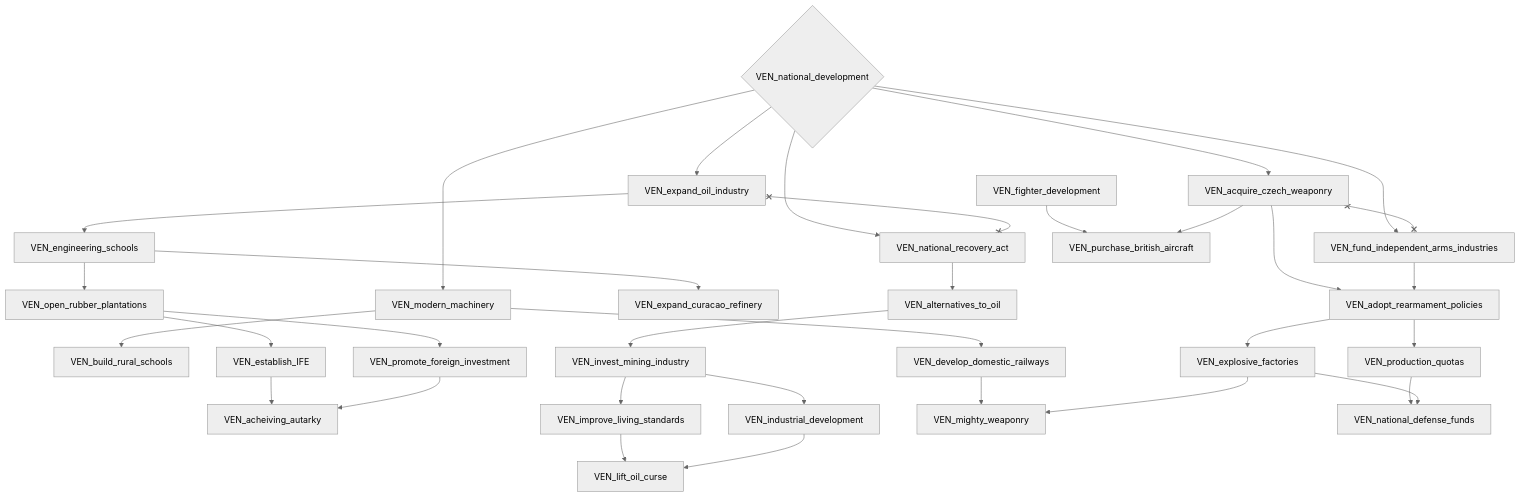
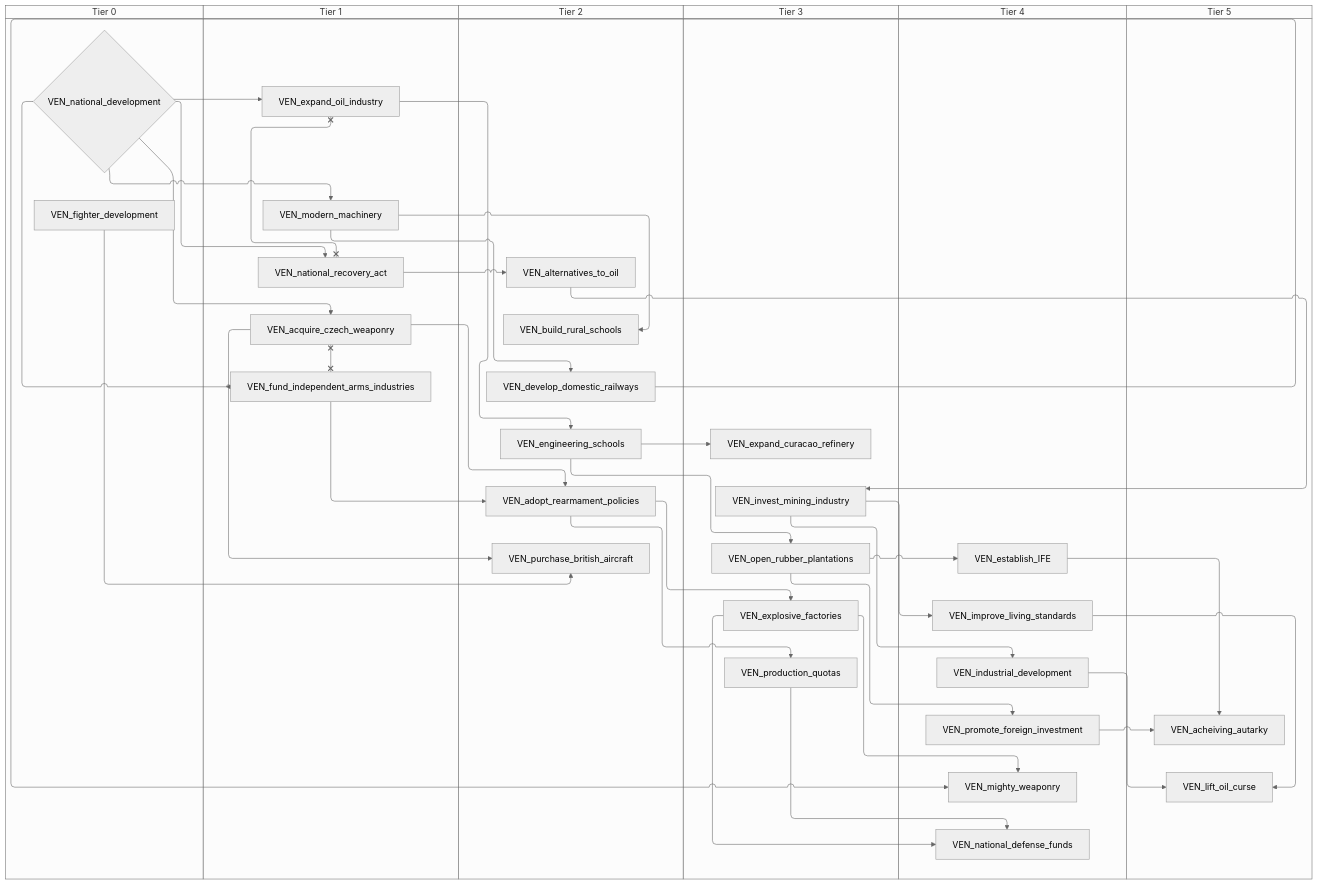
The fourth of 5 diagrams in docs/gdd/National Focuses/r56/venezuela.md (evgeny-sobol/hoi4-sandbox-mode-r56), drawn with Mermaid (neutral theme) before and after one commit. The commit also changed other lines of this file and 423 other files, not shown here.

First line of the commit message:
Re-export Rt56 focus trees as swimlane diagrams

````diff
--- a/docs/gdd/National Focuses/r56/venezuela.md
+++ b/docs/gdd/National Focuses/r56/venezuela.md
@@ -446,61 +496,73 @@
 ```mermaid
-flowchart TD
-    n168["VEN_acheiving_autarky"]
-    n2["VEN_acquire_czech_weaponry"]
-    n169["VEN_adopt_rearmament_policies"]
-    n170["VEN_alternatives_to_oil"]
-    n171["VEN_build_rural_schools"]
-    n172["VEN_develop_domestic_railways"]
-    n173["VEN_engineering_schools"]
-    n174["VEN_establish_IFE"]
-    n175["VEN_expand_curacao_refinery"]
-    n176["VEN_expand_oil_industry"]
-    n177["VEN_explosive_factories"]
-    n7["VEN_fighter_development"]
-    n178["VEN_fund_independent_arms_industries"]
-    n179["VEN_improve_living_standards"]
-    n180["VEN_industrial_development"]
-    n181["VEN_invest_mining_industry"]
-    n182["VEN_lift_oil_curse"]
-    n183["VEN_mighty_weaponry"]
-    n184["VEN_modern_machinery"]
-    n185["VEN_national_defense_funds"]
-    n186{"VEN_national_development"}
-    n187["VEN_national_recovery_act"]
-    n188["VEN_open_rubber_plantations"]
-    n189["VEN_production_quotas"]
-    n190["VEN_promote_foreign_investment"]
-    n9["VEN_purchase_british_aircraft"]
-    n174 --> n168
-    n190 --> n168
-    n186 --> n2
-    n2 --> n169
-    n178 --> n169
-    n187 --> n170
-    n184 --> n171
-    n184 --> n172
-    n176 --> n173
-    n188 --> n174
-    n173 --> n175
-    n186 --> n176
+swimlane-beta TD
+    subgraph tier_0["Tier 0"]
+        n5["VEN_fighter_development"]
+        n168{"VEN_national_development"}
+    end
+    subgraph tier_1["Tier 1"]
+        n2["VEN_acquire_czech_weaponry"]
+        n169["VEN_expand_oil_industry"]
+        n170["VEN_fund_independent_arms_industries"]
+        n171["VEN_modern_machinery"]
+        n172["VEN_national_recovery_act"]
+    end
+    subgraph tier_2["Tier 2"]
+        n173["VEN_adopt_rearmament_policies"]
+        n174["VEN_alternatives_to_oil"]
+        n175["VEN_build_rural_schools"]
+        n176["VEN_develop_domestic_railways"]
+        n177["VEN_engineering_schools"]
+        n8["VEN_purchase_british_aircraft"]
+    end
+    subgraph tier_3["Tier 3"]
+        n178["VEN_expand_curacao_refinery"]
+        n179["VEN_explosive_factories"]
+        n180["VEN_invest_mining_industry"]
+        n181["VEN_open_rubber_plantations"]
+        n182["VEN_production_quotas"]
+    end
+    subgraph tier_4["Tier 4"]
+        n183["VEN_establish_IFE"]
+        n184["VEN_improve_living_standards"]
+        n185["VEN_industrial_development"]
+        n186["VEN_mighty_weaponry"]
+        n187["VEN_national_defense_funds"]
+        n188["VEN_promote_foreign_investment"]
+    end
+    subgraph tier_5["Tier 5"]
+        n189["VEN_acheiving_autarky"]
+        n190["VEN_lift_oil_curse"]
+    end
+    n183 --> n189
+    n188 --> n189
+    n168 --> n2
+    n2 --> n173
+    n170 --> n173
+    n172 --> n174
+    n171 --> n175
+    n171 --> n176
     n169 --> n177
-    n186 --> n178
-    n181 --> n179
-    n181 --> n180
-    n170 --> n181
-    n179 --> n182
-    n180 --> n182
-    n172 --> n183
-    n177 --> n183
-    n186 --> n184
-    n189 --> n185
-    n177 --> n185
-    n186 --> n187
-    n173 --> n188
-    n169 --> n189
-    n188 --> n190
-    n7 --> n9
-    n2 --> n9
-    n2 x--x n178
-    n176 x--x n187
+    n181 --> n183
+    n177 --> n178
+    n168 --> n169
+    n173 --> n179
+    n168 --> n170
+    n180 --> n184
+    n180 --> n185
+    n174 --> n180
+    n184 --> n190
+    n185 --> n190
+    n176 --> n186
+    n179 --> n186
+    n168 --> n171
+    n182 --> n187
+    n179 --> n187
+    n168 --> n172
+    n177 --> n181
+    n173 --> n182
+    n181 --> n188
+    n5 --> n8
+    n2 --> n8
+    n2 x--x n170
+    n169 x--x n172
 ```
````
